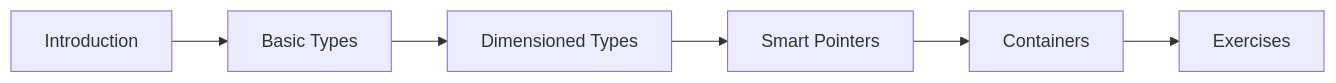
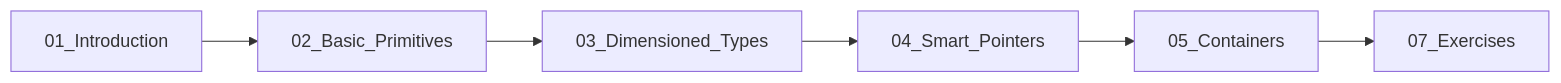
Before and after one commit to wramet/build-my-cfd: the second of 2 diagrams in MODULE_05_OPENFOAM_PROGRAMMING/CONTENT/01_FOUNDATION_PRIMITIVES/00_Overview.md, drawn with Mermaid. The commit also changed other lines of this file and 272 other files, not shown here.

````diff
--- a/MODULE_05_OPENFOAM_PROGRAMMING/CONTENT/01_FOUNDATION_PRIMITIVES/00_Overview.md
+++ b/MODULE_05_OPENFOAM_PROGRAMMING/CONTENT/01_FOUNDATION_PRIMITIVES/00_Overview.md
@@ -91,8 +146,8 @@
 ```mermaid
 flowchart LR
-    A[Introduction] --> B[Basic Types]
-    B --> C[Dimensioned Types]
-    C --> D[Smart Pointers]
-    D --> E[Containers]
-    E --> F[Exercises]
+    A[01_Introduction] --> B[02_Basic_Primitives]
+    B --> C[03_Dimensioned_Types]
+    C --> D[04_Smart_Pointers]
+    D --> E[05_Containers]
+    E --> F[07_Exercises]
 ```
````
